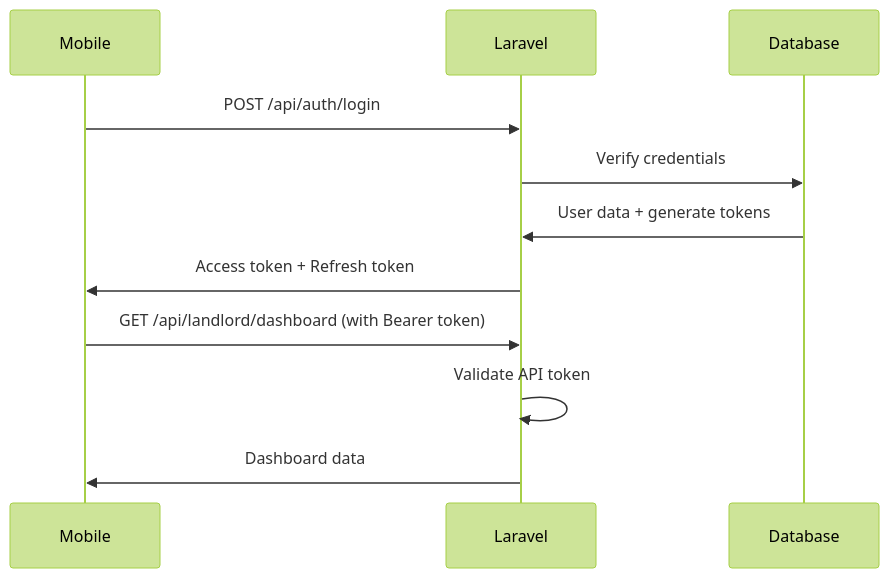
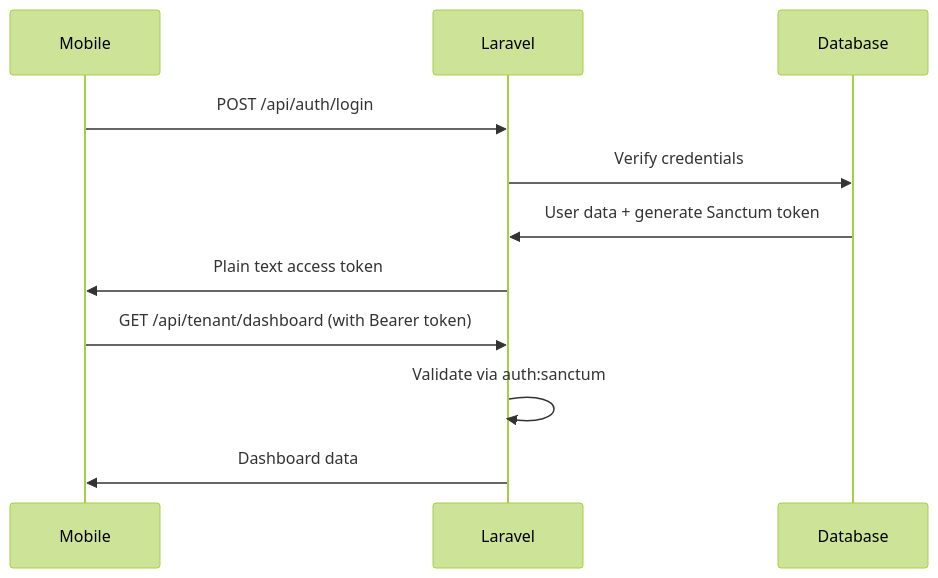
Before and after one commit to luisosena/estate: the third of 4 diagrams in docs/projectsummary/PROJECT_ARCHITECTURE.md, drawn with Mermaid (forest theme). The commit also changed other lines of this file and 25 other files, not shown here.

Commit message:
chore: migrate from using a custom ApiToken system for mobile authentication to Laravel Sanctum

````diff
--- a/docs/projectsummary/PROJECT_ARCHITECTURE.md
+++ b/docs/projectsummary/PROJECT_ARCHITECTURE.md
@@ -367,15 +365,15 @@
 ```mermaid
 sequenceDiagram
     participant Mobile
     participant Laravel
     participant Database
     
     Mobile->>Laravel: POST /api/auth/login
     Laravel->>Database: Verify credentials
-    Database->>Laravel: User data + generate tokens
-    Laravel->>Mobile: Access token + Refresh token
+    Database->>Laravel: User data + generate Sanctum token
+    Laravel->>Mobile: Plain text access token
     
-    Mobile->>Laravel: GET /api/landlord/dashboard (with Bearer token)
-    Laravel->>Laravel: Validate API token
+    Mobile->>Laravel: GET /api/tenant/dashboard (with Bearer token)
+    Laravel->>Laravel: Validate via auth:sanctum
     Laravel->>Mobile: Dashboard data
 ```
````
